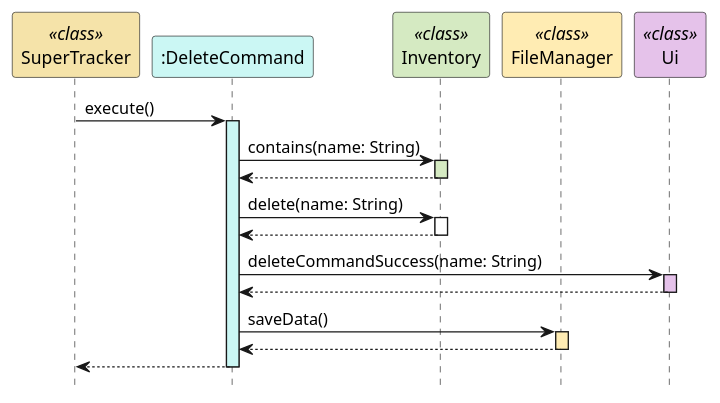
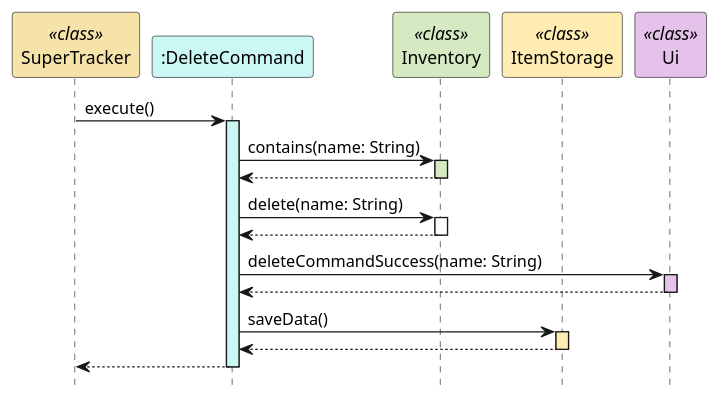
The second of 2 diagrams in docs/uml-diagrams/DeleteCommand.puml (rismm/tp), drawn with PlantUML before and after one commit. The commit also changed other lines of this file and 3 other files, not shown here.

Commit message:
Update DG and UML for Delete.

```diff
--- a/docs/uml-diagrams/DeleteCommand.puml
+++ b/docs/uml-diagrams/DeleteCommand.puml
@@ -52,33 +52,33 @@
 @startuml
 hide footbox
 participant "SuperTracker" as SuperTracker <<class>> #f5e3a9
 participant ":DeleteCommand" as DeleteCommand #cbf7f4
 participant "Inventory" as Inventory <<class>> #d5eac2
-participant "FileManager" as FileManager <<class>> #ffecb3
+participant "ItemStorage" as ItemStorage <<class>> #ffecb3
 participant "Ui" as Ui <<class>> #e5c2ea
 
 SuperTracker -> DeleteCommand : execute()
 activate DeleteCommand #cbf7f4
 
 DeleteCommand -> Inventory : contains(name: String)
 activate Inventory #d5eac2
 Inventory --> DeleteCommand :
 deactivate Inventory
 
 DeleteCommand -> Inventory : delete(name: String)
 activate Inventory
 Inventory --> DeleteCommand
 deactivate Inventory
 
 DeleteCommand -> Ui : deleteCommandSuccess(name: String)
 activate Ui #e5c2ea
 Ui --> DeleteCommand
 deactivate Ui
 
-DeleteCommand -> FileManager : saveData()
-activate FileManager #ffecb3
-FileManager --> DeleteCommand
-deactivate FileManager
+DeleteCommand -> ItemStorage : saveData()
+activate ItemStorage #ffecb3
+ItemStorage --> DeleteCommand
+deactivate ItemStorage
 DeleteCommand --> SuperTracker
 deactivate DeleteCommand
 @enduml
```
